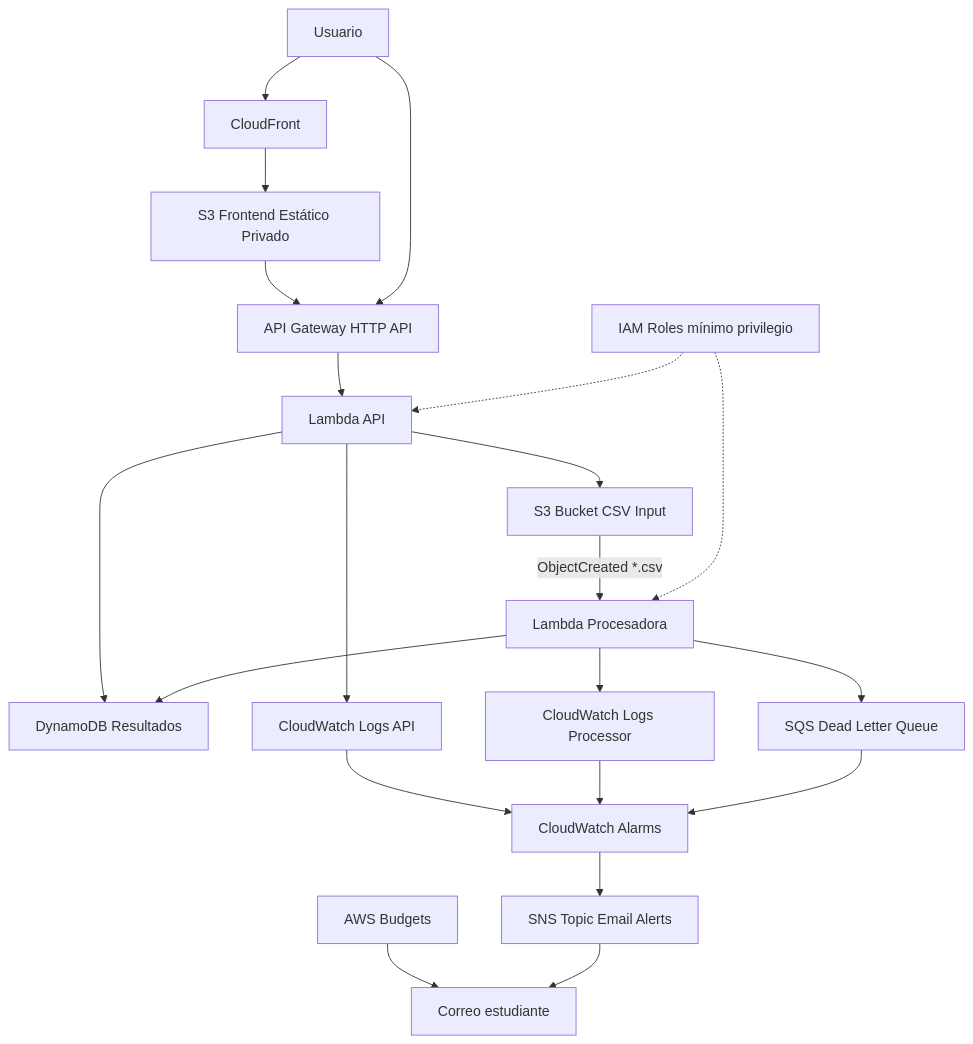
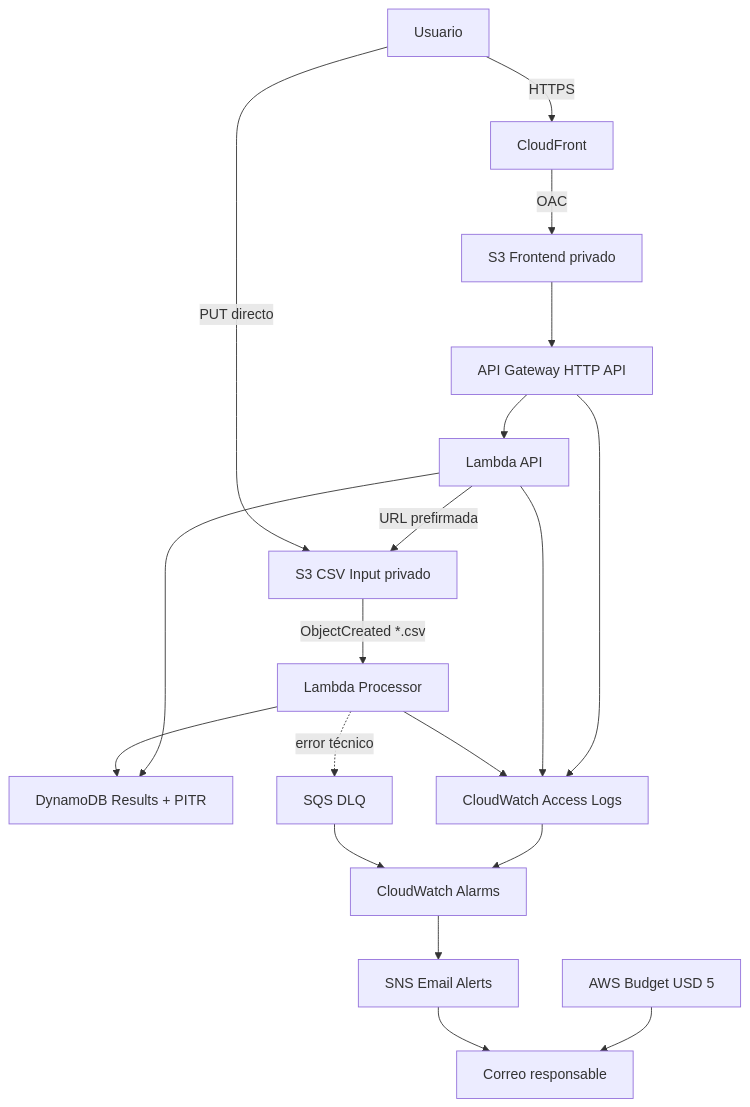
The diagram in README.md (NineFox596/Proyecto_Final_Taller_Informatica), drawn with Mermaid before and after one commit. The commit also changed other lines of this file, not shown here.

````diff
--- a/README.md
+++ b/README.md
@@ -29,30 +49,25 @@
 ```mermaid
 flowchart TD
-    U[Usuario] --> CF[CloudFront]
-    CF --> FE[S3 Frontend Estático Privado]
+    U[Usuario] -->|HTTPS| CF[CloudFront]
+    CF -->|OAC| FE[S3 Frontend privado]
 
-    FE --> API[API Gateway HTTP API]
-    U --> API
+    FE --> APIGW[API Gateway HTTP API]
+    APIGW --> LAPI[Lambda API]
+    LAPI --> DDB[DynamoDB Results + PITR]
+    LAPI -->|URL prefirmada| S3IN[S3 CSV Input privado]
 
-    API --> LAPI[Lambda API]
-    LAPI --> DDB[DynamoDB Resultados]
-    LAPI --> S3IN[S3 Bucket CSV Input]
+    U -->|PUT directo| S3IN
+    S3IN -->|ObjectCreated *.csv| LPROC[Lambda Processor]
+    LPROC --> DDB
+    LPROC -. error técnico .-> DLQ[SQS DLQ]
 
-    S3IN -->|ObjectCreated *.csv| LPROC[Lambda Procesadora]
-    LPROC --> DDB
-    LPROC --> DLQ[SQS Dead Letter Queue]
+    APIGW --> LOGS[CloudWatch Access Logs]
+    LAPI --> LOGS
+    LPROC --> LOGS
+    LOGS --> ALARMS[CloudWatch Alarms]
+    DLQ --> ALARMS
+    ALARMS --> SNS[SNS Email Alerts]
 
-    LAPI --> CWAPI[CloudWatch Logs API]
-    LPROC --> CWPROC[CloudWatch Logs Processor]
-
-    CWAPI --> ALARMS[CloudWatch Alarms]
-    CWPROC --> ALARMS
-    DLQ --> ALARMS
-
-    ALARMS --> SNS[SNS Topic Email Alerts]
-    BUDGET[AWS Budgets] --> EMAIL[Correo estudiante]
+    BUDGET[AWS Budget USD 5] --> EMAIL[Correo responsable]
     SNS --> EMAIL
-
-    IAM[IAM Roles mínimo privilegio] -.-> LAPI
-    IAM -.-> LPROC
 ```
````
